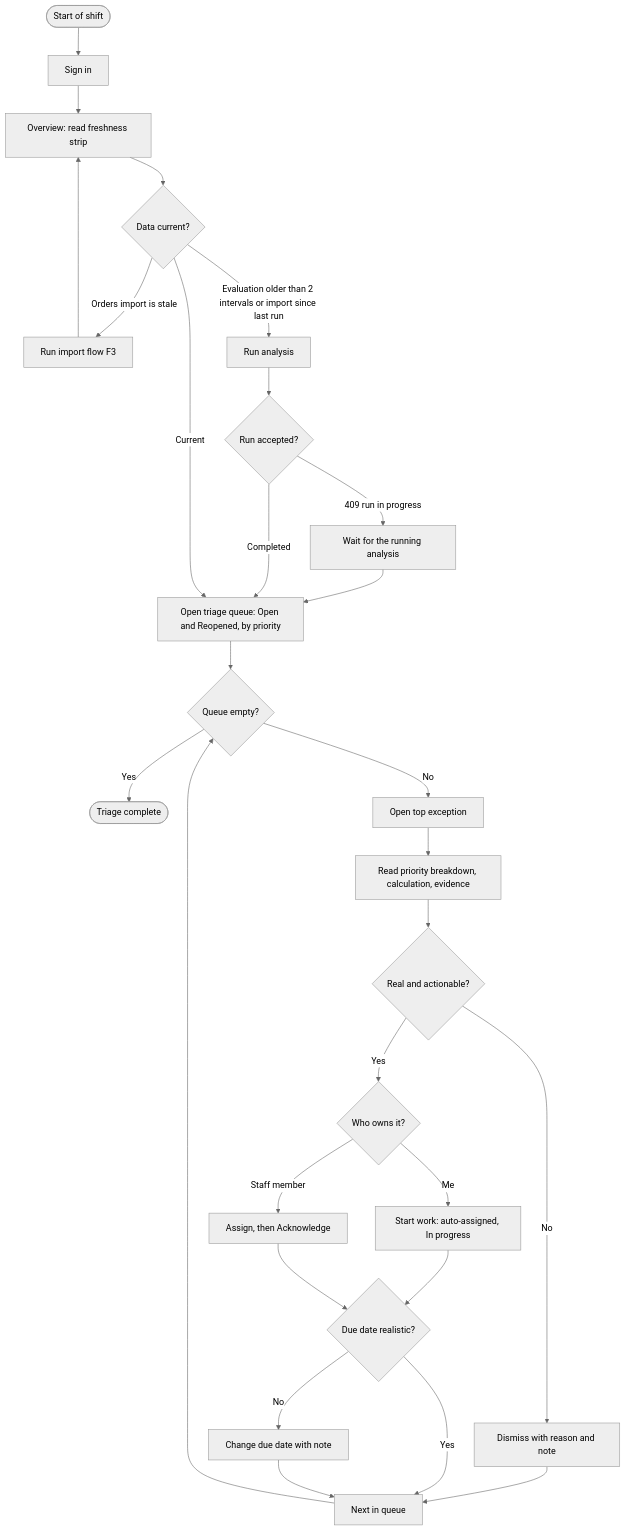
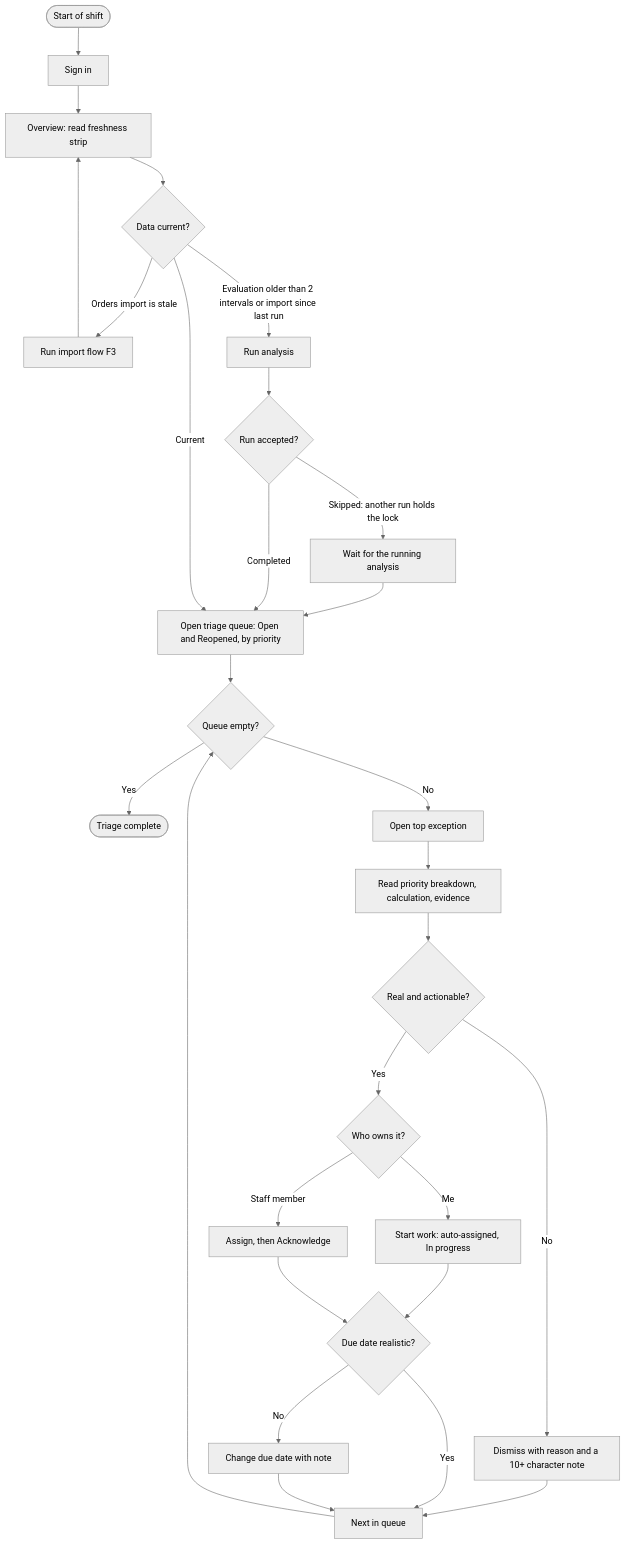
Before and after one commit to tinhne/retailops-intelligence: the first of 6 diagrams in docs/design/USER_FLOWS.md, drawn with Mermaid (neutral theme). The commit also changed other lines of this file and 5 other files, not shown here.

````diff
--- a/docs/design/USER_FLOWS.md
+++ b/docs/design/USER_FLOWS.md
@@ -52,30 +52,30 @@
 ```mermaid
 flowchart TD
     A(["Start of shift"]) --> B["Sign in"]
     B --> C["Overview: read freshness strip"]
     C --> D1{"Data current?"}
     D1 -->|"Orders import is stale"| F3["Run import flow F3"]
     F3 --> C
     D1 -->|"Evaluation older than 2 intervals or import since last run"| R["Run analysis"]
     R --> R1{"Run accepted?"}
-    R1 -->|"409 run in progress"| RW["Wait for the running analysis"]
+    R1 -->|"Skipped: another run holds the lock"| RW["Wait for the running analysis"]
     RW --> E
     R1 -->|"Completed"| E
     D1 -->|"Current"| E["Open triage queue: Open and Reopened, by priority"]
     E --> Q{"Queue empty?"}
     Q -->|"Yes"| Z(["Triage complete"])
     Q -->|"No"| G["Open top exception"]
     G --> H["Read priority breakdown, calculation, evidence"]
     H --> D2{"Real and actionable?"}
-    D2 -->|"No"| X["Dismiss with reason and note"]
+    D2 -->|"No"| X["Dismiss with reason and a 10+ character note"]
     X --> N["Next in queue"]
     D2 -->|"Yes"| D3{"Who owns it?"}
     D3 -->|"Me"| S["Start work: auto-assigned, In progress"]
     D3 -->|"Staff member"| AS["Assign, then Acknowledge"]
     S --> D4{"Due date realistic?"}
     AS --> D4
     D4 -->|"No"| DD["Change due date with note"]
     D4 -->|"Yes"| N
     DD --> N
     N --> Q
 ```
````
